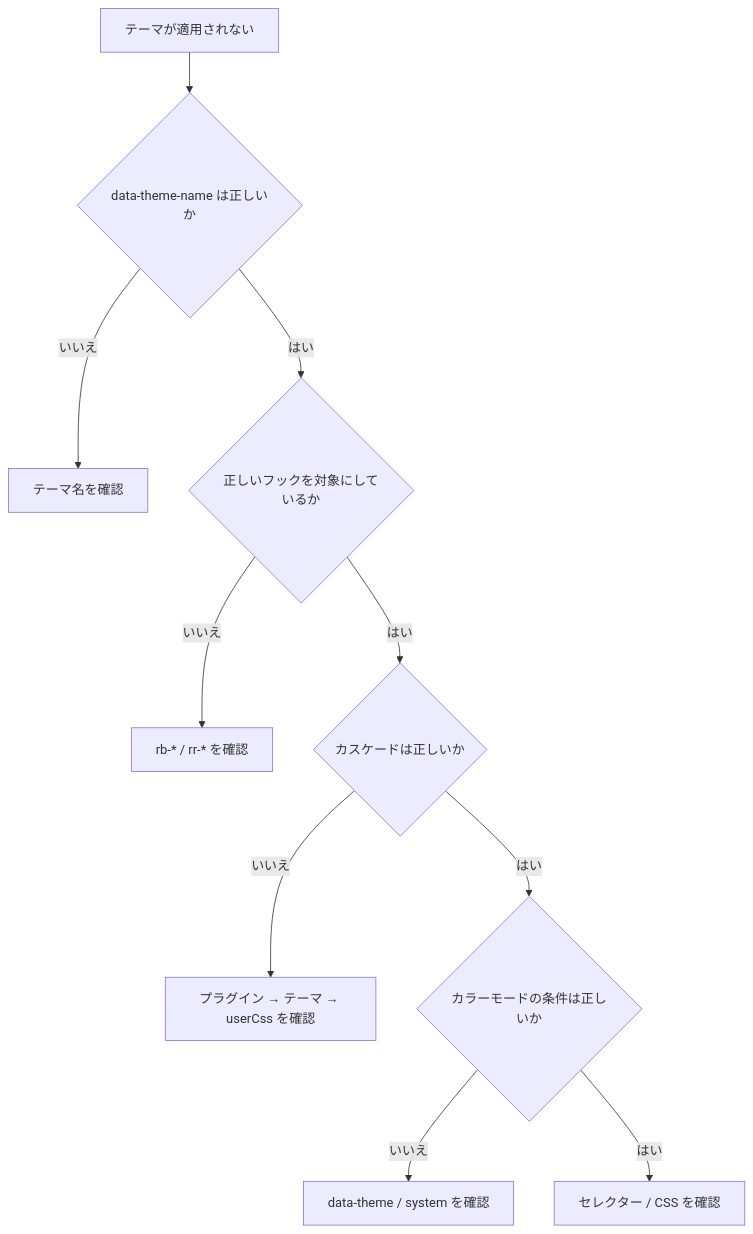
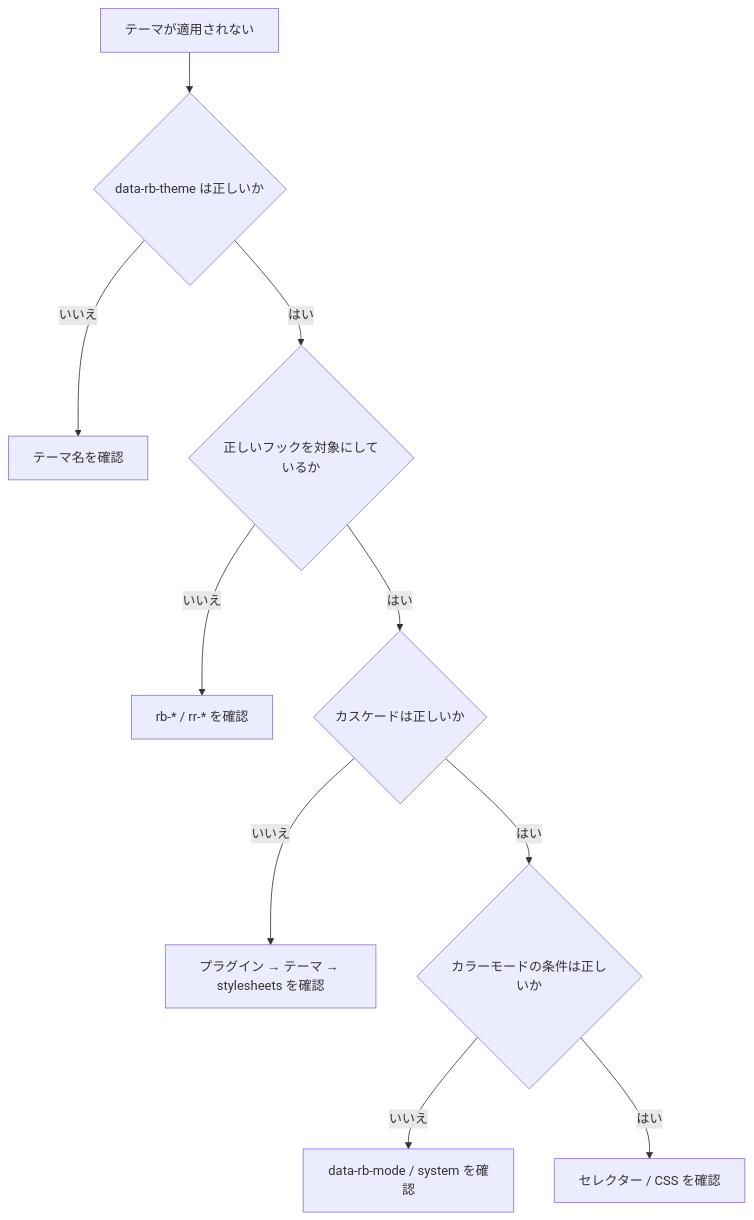
Before and after one commit to Rerurate514/riebeckite: the second of 2 diagrams in docs/docs/framework/theme-system/css.ja.md, drawn with Mermaid. The commit also changed other lines of this file and 99 other files, not shown here.

````diff
--- a/docs/docs/framework/theme-system/css.ja.md
+++ b/docs/docs/framework/theme-system/css.ja.md
@@ -240,17 +240,17 @@
 ```mermaid id="pm3ukv"
 flowchart TD
     Start["テーマが適用されない"]
 
-    Start --> Name{"data-theme-name は正しいか"}
+    Start --> Name{"data-rb-theme は正しいか"}
     Name -->|いいえ| FixName["テーマ名を確認"]
     Name -->|はい| Hook{"正しいフックを対象にしているか"}
 
     Hook -->|いいえ| FixHook["rb-* / rr-* を確認"]
     Hook -->|はい| Cascade{"カスケードは正しいか"}
 
-    Cascade -->|いいえ| FixCascade["プラグイン → テーマ → userCss を確認"]
+    Cascade -->|いいえ| FixCascade["プラグイン → テーマ → stylesheets を確認"]
     Cascade -->|はい| Mode{"カラーモードの条件は正しいか"}
 
-    Mode -->|いいえ| FixMode["data-theme / system を確認"]
+    Mode -->|いいえ| FixMode["data-rb-mode / system を確認"]
     Mode -->|はい| CSS["セレクター / CSS を確認"]
 ```
````
